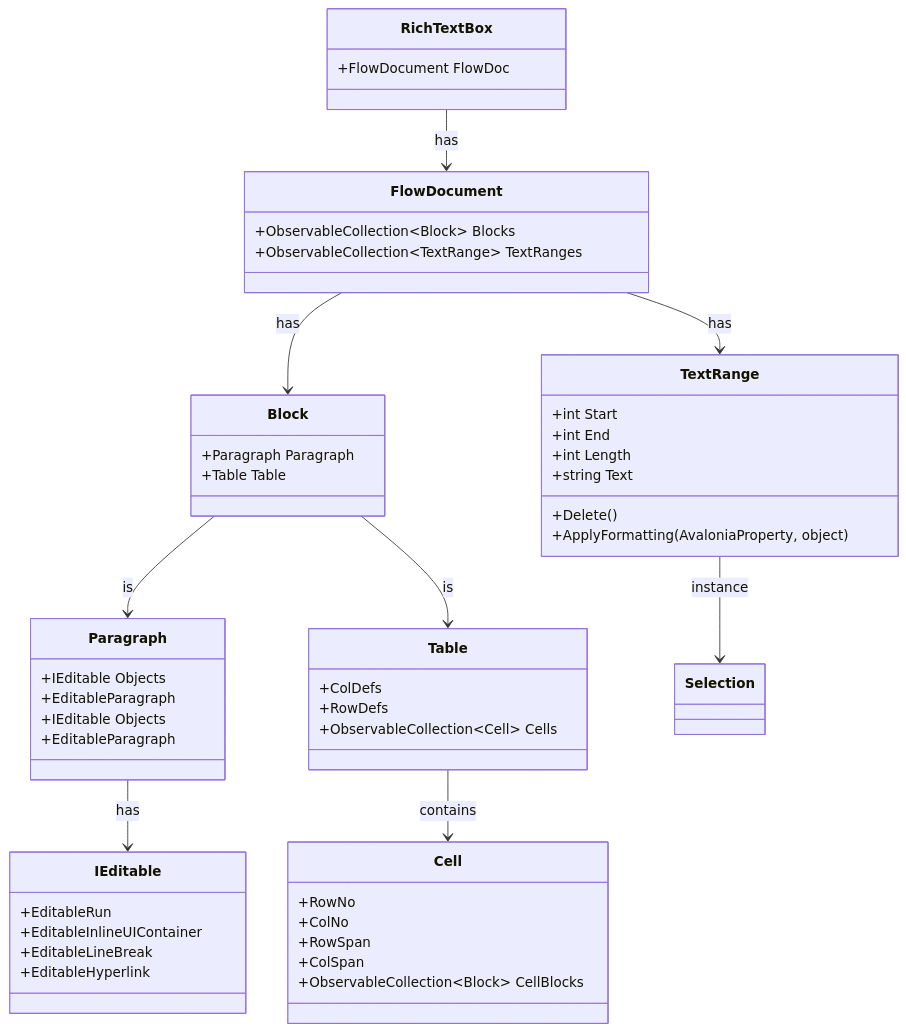
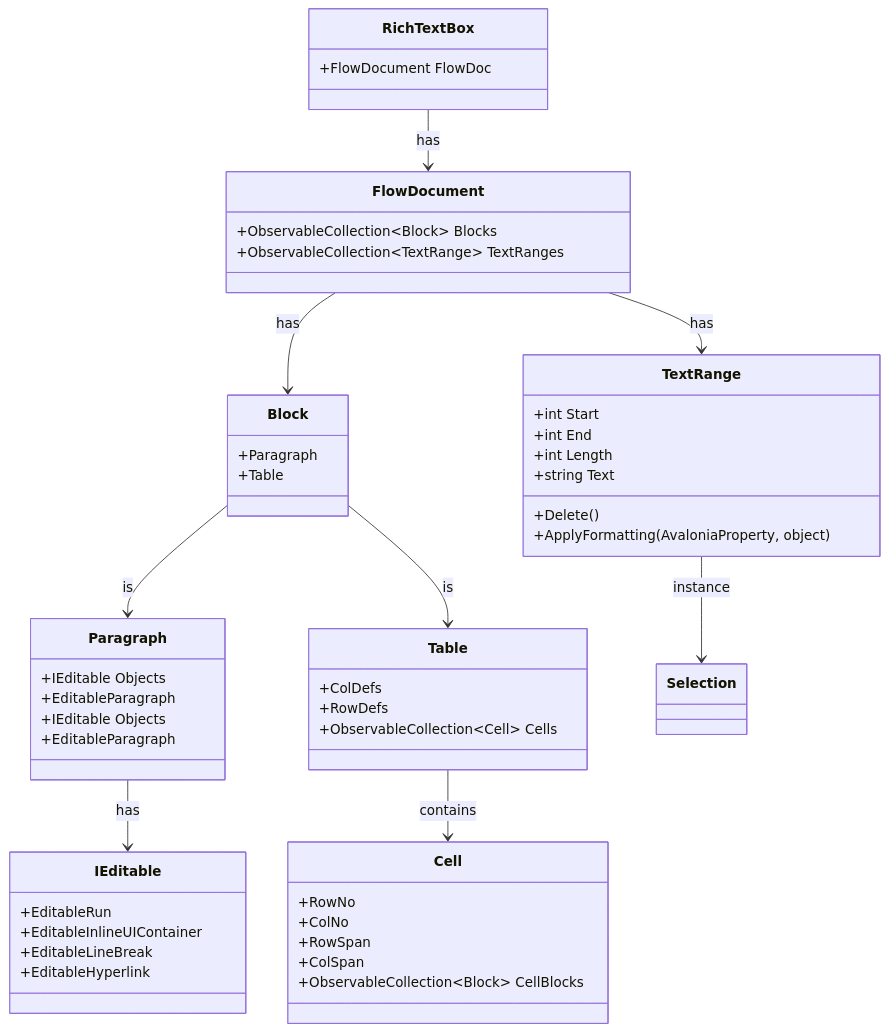
One commit to cuikp/AvRichTextBox changed the diagram in README.md. Above: the diagram before and after it, drawn with Mermaid. The commit also changed other lines of this file, not shown here.

````diff
--- a/README.md
+++ b/README.md
@@ -16,63 +18,63 @@
 ```mermaid
 classDiagram
     class RichTextBox{
         +FlowDocument FlowDoc
     }
     class FlowDocument{
         +ObservableCollection~Block~ Blocks
         +ObservableCollection~TextRange~ TextRanges
     }
     class Block{
-        +Paragraph Paragraph
-        +Table Table
+        +Paragraph
+        +Table
     }
     class Paragraph{
         +IEditable Objects
         +EditableParagraph
     }
     
     class Paragraph{
         +IEditable Objects
         +EditableParagraph
     }
     class IEditable{
         +EditableRun
         +EditableInlineUIContainer
         +EditableLineBreak
         +EditableHyperlink
     }
     class Selection{
     }
     class TextRange{
         +int Start
         +int End
         +int Length
         +Delete()
         +string Text
         +ApplyFormatting(AvaloniaProperty,  object)
     }
     class Table{
       +ColDefs
       +RowDefs
       +ObservableCollection~Cell~ Cells
     }
     class Cell{
       +RowNo
       +ColNo
       +RowSpan
       +ColSpan
       +ObservableCollection~Block~ CellBlocks
     }
 
     RichTextBox --> FlowDocument : has
     FlowDocument --> Block : has
     FlowDocument --> TextRange : has
     Block --> Paragraph : is
     Block --> Table : is
     Paragraph --> IEditable : has
     TextRange --> Selection : instance
     Table --> Cell : contains
     
     
 
 ```
````
